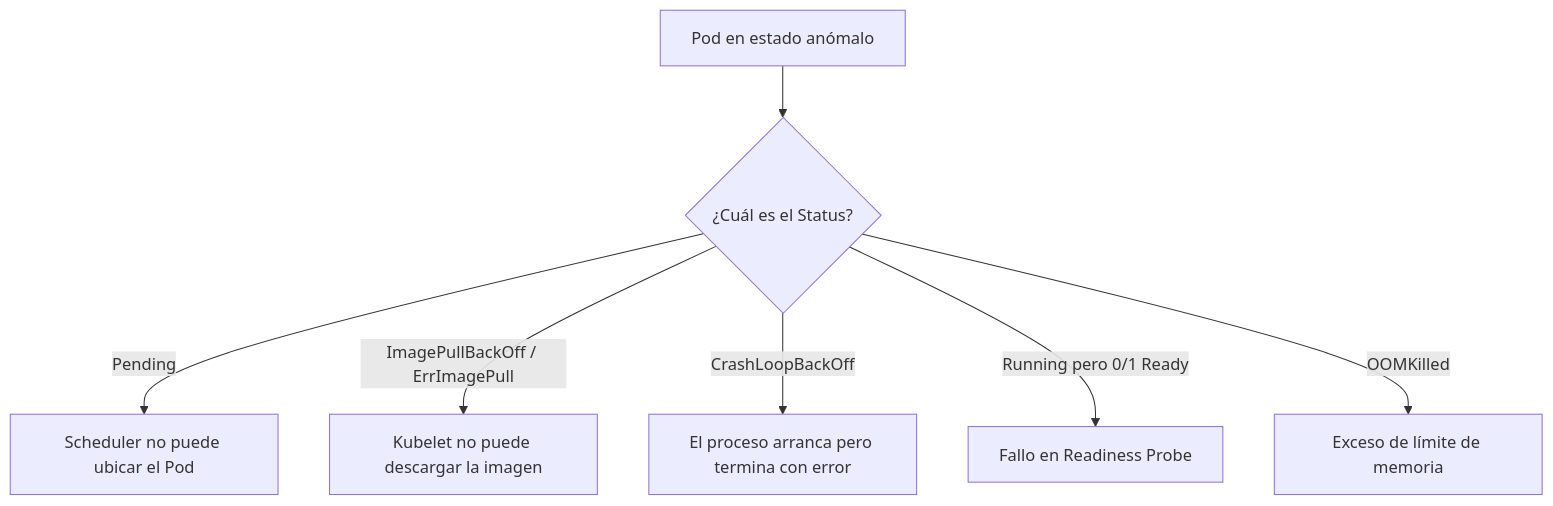
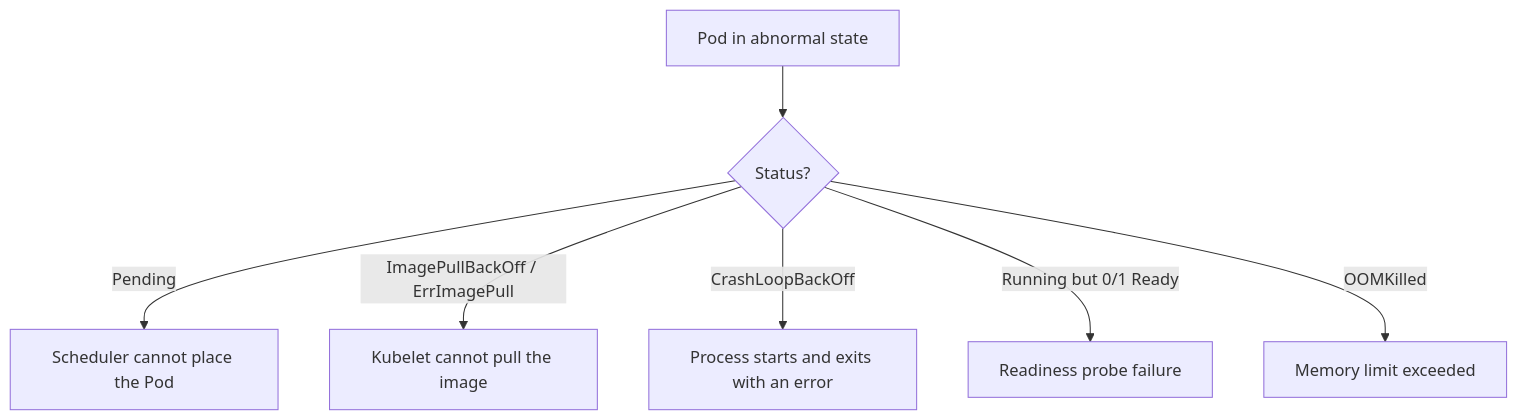
The diagram in docs/operations/KUBERNETES-TROUBLESHOOTING.md (PCVV-Organization/aegisbank-ai-platform), drawn with Mermaid before and after one commit. The commit also changed other lines of this file and 74 other files, not shown here.

````diff
--- a/docs/operations/KUBERNETES-TROUBLESHOOTING.md
+++ b/docs/operations/KUBERNETES-TROUBLESHOOTING.md
@@ -23,9 +23,9 @@
 ```mermaid
 graph TD
-    A["Pod en estado anómalo"] --> B{"¿Cuál es el Status?"}
-    B -->|"Pending"| C["Scheduler no puede ubicar el Pod"]
-    B -->|"ImagePullBackOff / ErrImagePull"| D["Kubelet no puede descargar la imagen"]
-    B -->|"CrashLoopBackOff"| E["El proceso arranca pero termina con error"]
-    B -->|"Running pero 0/1 Ready"| F["Fallo en Readiness Probe"]
-    B -->|"OOMKilled"| G["Exceso de límite de memoria"]
+    A[Pod in abnormal state] --> B{Status?}
+    B -->|Pending| C[Scheduler cannot place the Pod]
+    B -->|ImagePullBackOff / ErrImagePull| D[Kubelet cannot pull the image]
+    B -->|CrashLoopBackOff| E[Process starts and exits with an error]
+    B -->|Running but 0/1 Ready| F[Readiness probe failure]
+    B -->|OOMKilled| G[Memory limit exceeded]
 ```
````
